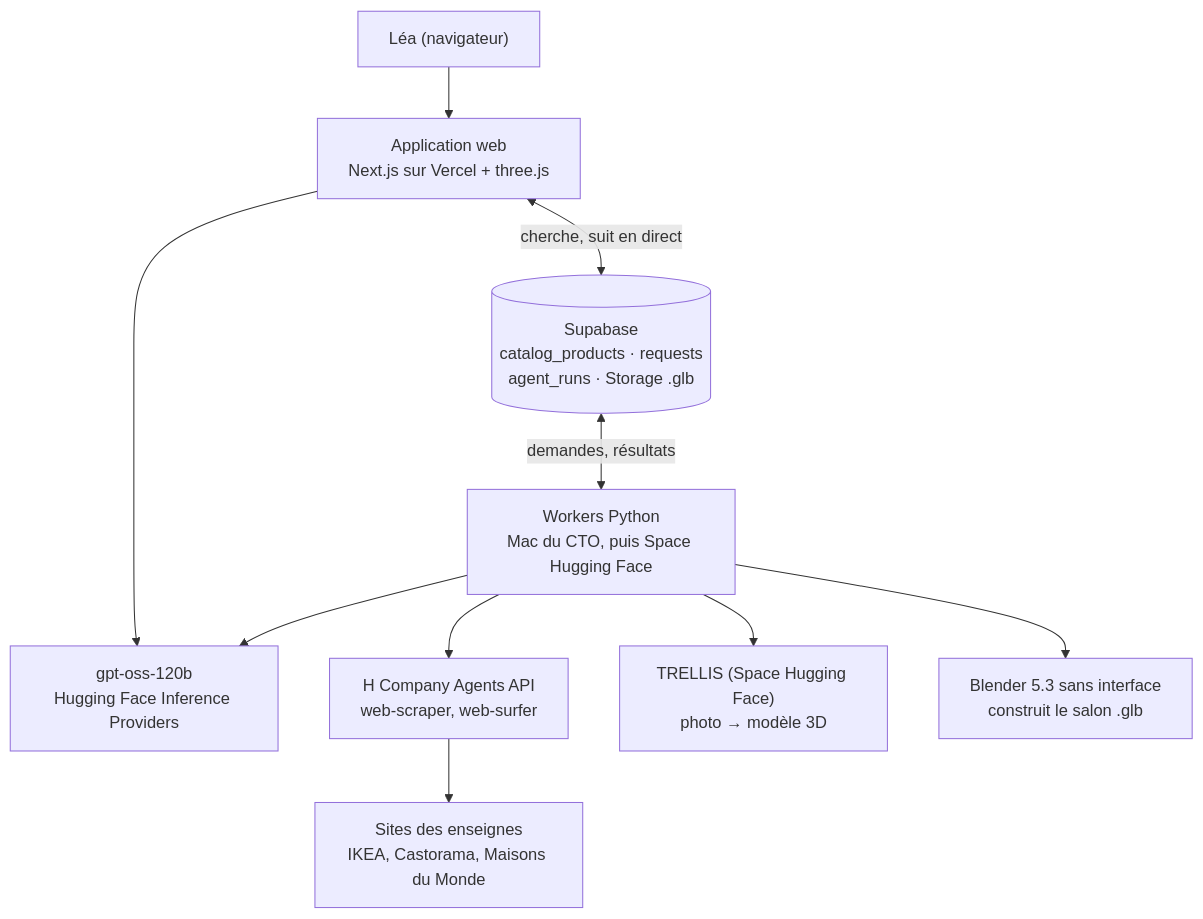
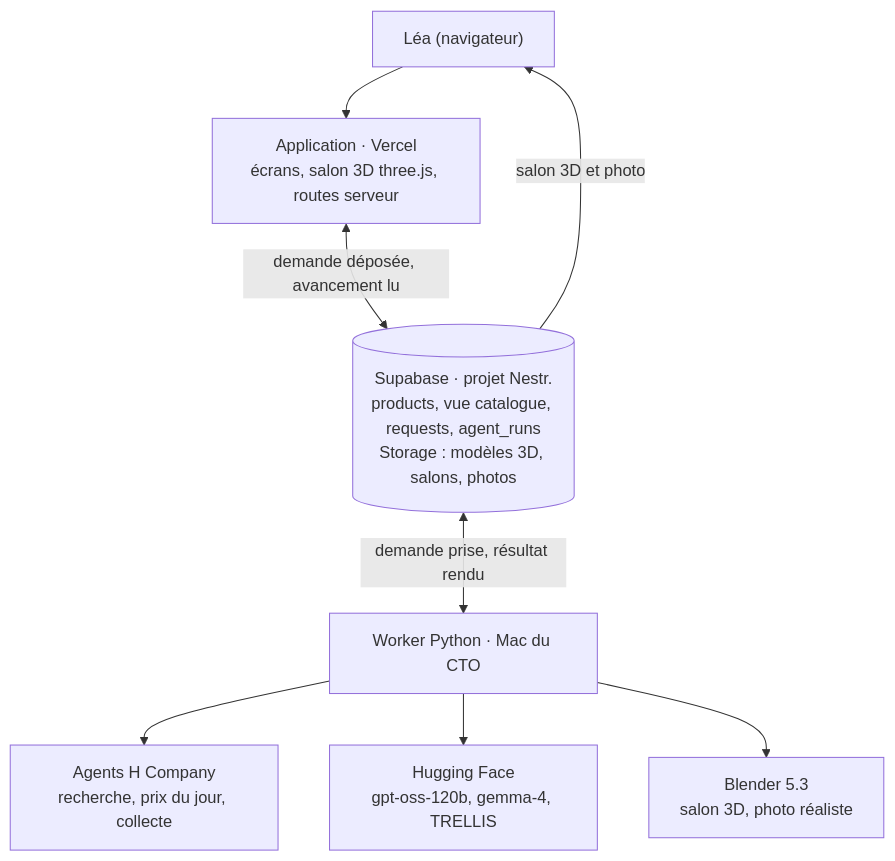
One commit to hfissier-hash/Hackathon---H-company changed the diagram in docs/architecture.md. Above: the diagram before and after it, drawn with Mermaid. The commit also changed other lines of this file and 2 other files, not shown here.

Commit message:
Document d'architecture V1 et coûts (PDF, Word) et architecture.md à jour

````diff
--- a/docs/architecture.md
+++ b/docs/architecture.md
@@ -17,12 +9,10 @@
 ```mermaid
 flowchart TD
-  Lea["Léa (navigateur)"] --> App["Application web<br/>Next.js sur Vercel + three.js"]
-  App --> LLM["gpt-oss-120b<br/>Hugging Face Inference Providers"]
-  App <-->|"cherche, suit en direct"| SB[("Supabase<br/>catalog_products · requests<br/>agent_runs · Storage .glb")]
-  SB <-->|"demandes, résultats"| W["Workers Python<br/>Mac du CTO, puis Space Hugging Face"]
-  W --> H["H Company Agents API<br/>web-scraper, web-surfer"]
-  H --> Sites["Sites des enseignes<br/>IKEA, Castorama, Maisons du Monde"]
-  W --> T["TRELLIS (Space Hugging Face)<br/>photo → modèle 3D"]
-  W --> B["Blender 5.3 sans interface<br/>construit le salon .glb"]
-  W --> LLM
+  Lea["Léa (navigateur)"] --> App["Application · Vercel<br/>écrans, salon 3D three.js, routes serveur"]
+  App <-->|"demande déposée, avancement lu"| SB[("Supabase · projet Nestr.<br/>products, vue catalogue, requests, agent_runs<br/>Storage : modèles 3D, salons, photos")]
+  SB -->|"salon 3D et photo"| Lea
+  SB <-->|"demande prise, résultat rendu"| W["Worker Python · Mac du CTO"]
+  W --> H["Agents H Company<br/>recherche, prix du jour, collecte"]
+  W --> HF["Hugging Face<br/>gpt-oss-120b, gemma-4, TRELLIS"]
+  W --> B["Blender 5.3<br/>salon 3D, photo réaliste"]
 ```
````
